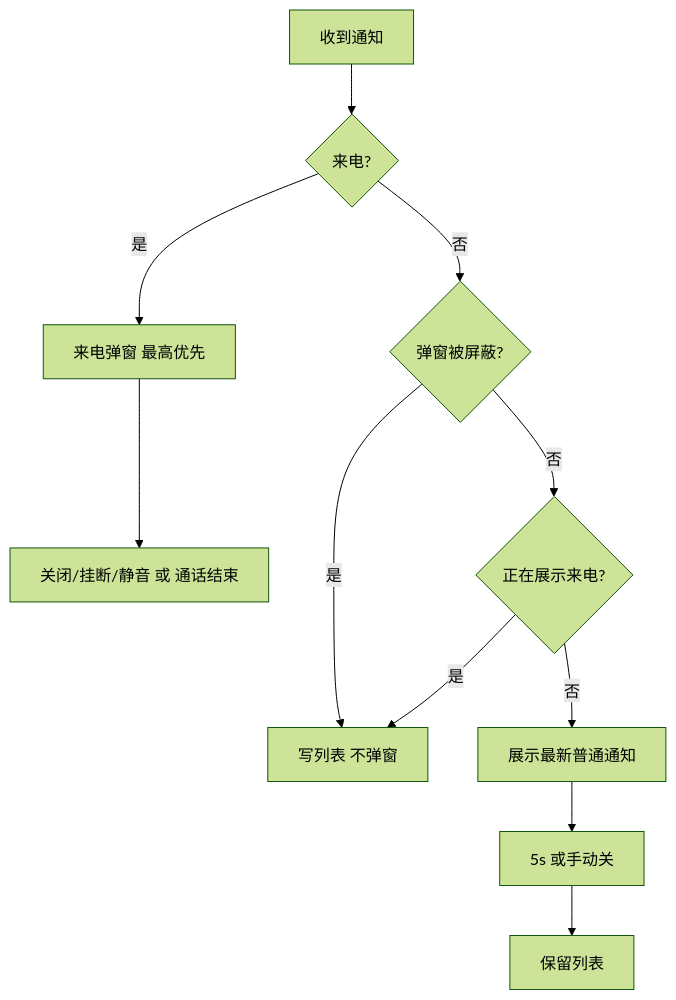
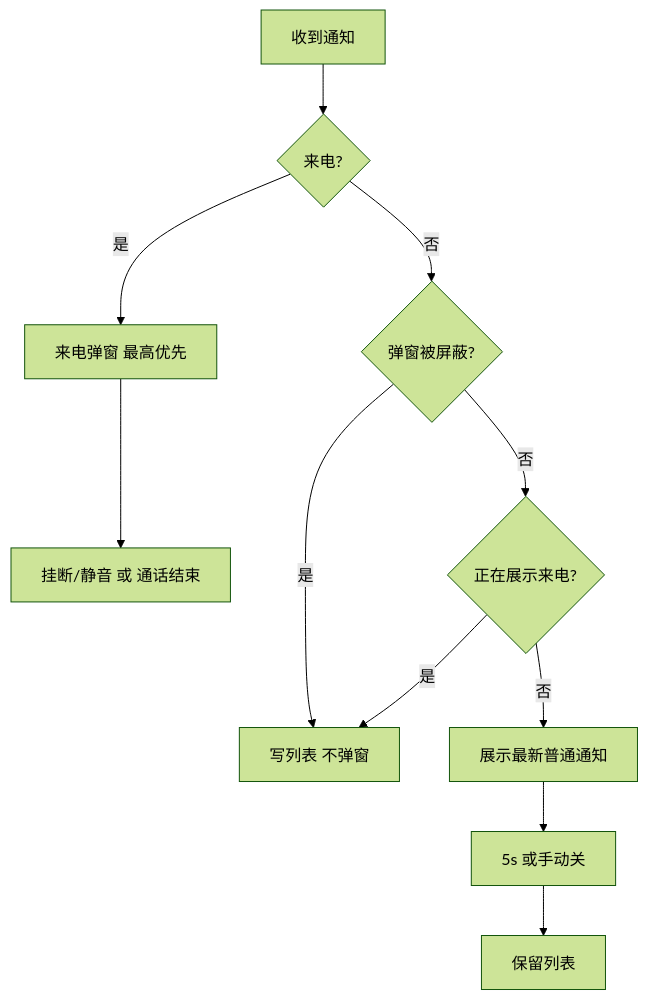
Before and after one commit to jiahao89/MageneFirmwarePlayground: the second of 2 diagrams in output/消息通知/02-PRD.md, drawn with Mermaid (forest theme). The commit also changed other lines of this file and 3 other files, not shown here.

````diff
--- a/output/消息通知/02-PRD.md
+++ b/output/消息通知/02-PRD.md
@@ -103,10 +103,10 @@
 ```mermaid
 flowchart TD
     A[收到通知] --> B{来电?}
-    B -->|是| C[来电弹窗 最高优先] --> D[关闭/挂断/静音 或 通话结束]
+    B -->|是| C[来电弹窗 最高优先] --> D[挂断/静音 或 通话结束]
     B -->|否| E{弹窗被屏蔽?}
     E -->|是| F[写列表 不弹窗]
     E -->|否| G{正在展示来电?}
     G -->|是| F
     G -->|否| H[展示最新普通通知] --> I[5s 或手动关] --> J[保留列表]
 ```
````
